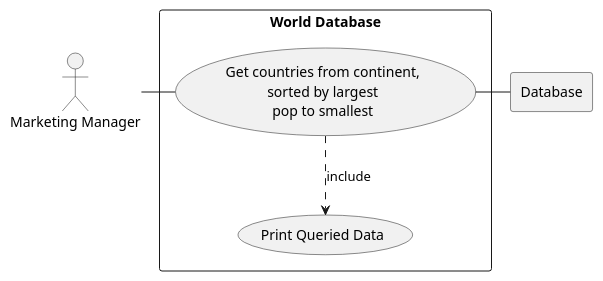
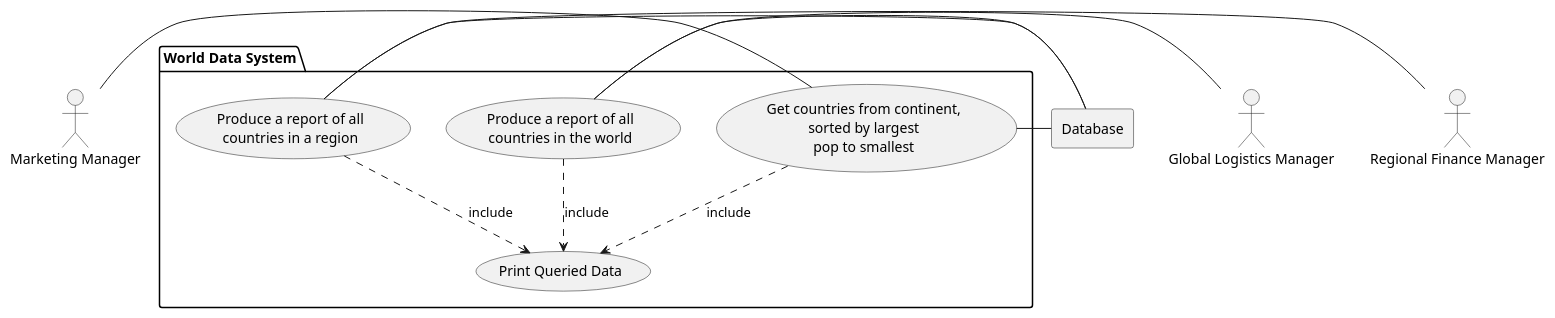
The diagram in use-cases/group-h-sem.puml (liamdickson-uni/group-h-sem), drawn with PlantUML before and after one commit.

Commit message:
Updated group-h-sem.puml to include use-case 2 and 3.

```diff
--- a/use-cases/group-h-sem.puml
+++ b/use-cases/group-h-sem.puml
@@ -1,19 +1,38 @@
 @startuml
 'https://plantuml.com/use-case-diagram
 
+
 actor Marketing as "Marketing Manager"
+actor Logistics as "Global Logistics Manager"
+actor Finance as "Regional Finance Manager"
 
 rectangle Database
 
-rectangle "World Database" {
+
+package "World Data System" {
+
+    usecase UCa as "Print Queried Data"
 
     usecase UC1 as "Get countries from continent,
     sorted by largest
     pop to smallest"
 
-    usecase UCa as "Print Queried Data"
+    usecase UC2 as "Produce a report of all
+    countries in the world"
+
+    usecase UC3 as "Produce a report of all
+    countries in a region"
+
+    top to bottom direction
     Marketing - UC1
     UC1 ..> UCa : include
     UC1 - Database
+    Logistics - UC2
+    UC2 ..> UCa : include
+    UC2 - Database
+    Finance - UC3
+    UC3 ..> UCa : include
+    UC3 - Database
+
 }
 @enduml
```
